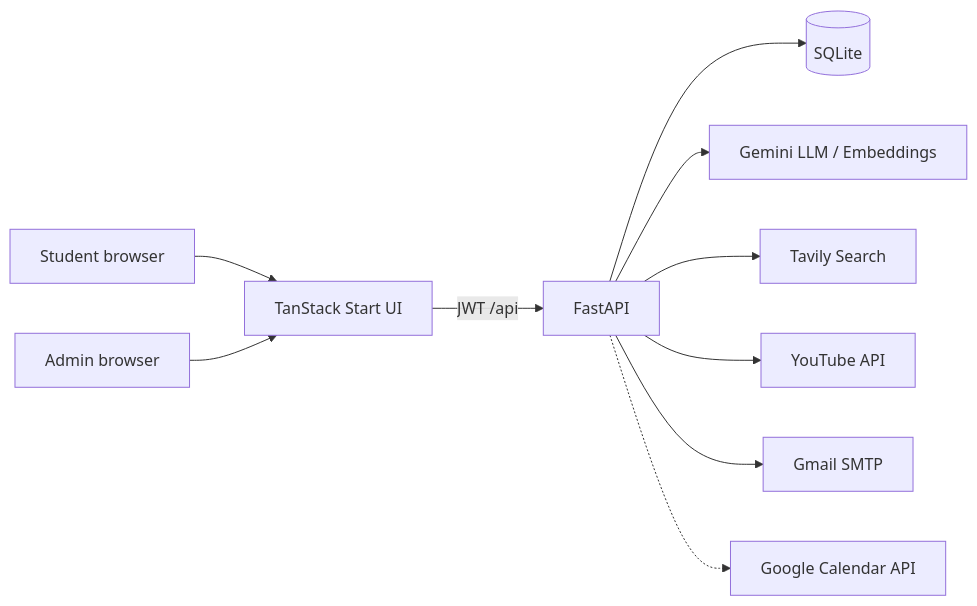
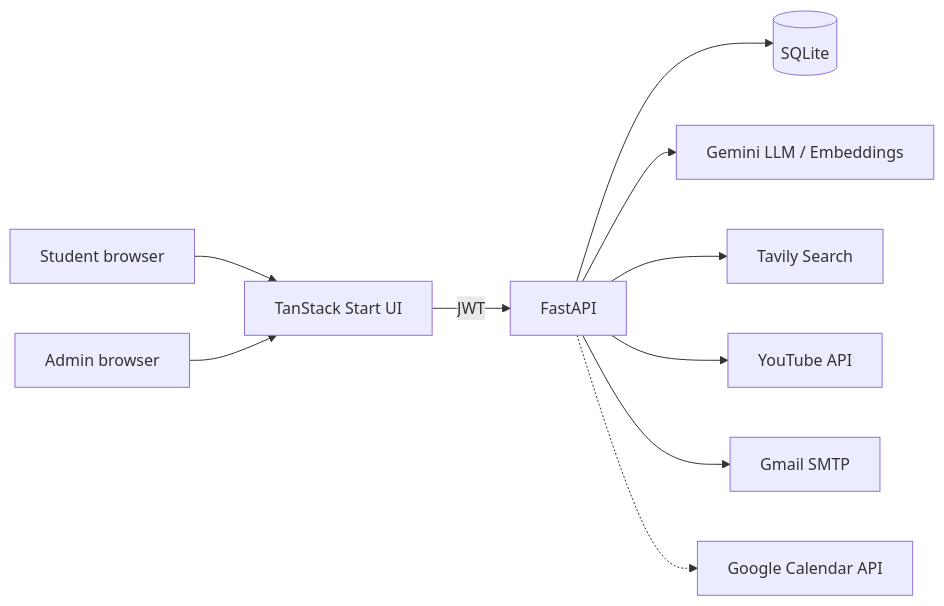
Before and after one commit to dagiteferi/tele-exit: the first of 2 diagrams in docs/ARCHITECTURE.md, drawn with Mermaid. The commit also changed other lines of this file and 10 other files, not shown here.

````diff
--- a/docs/ARCHITECTURE.md
+++ b/docs/ARCHITECTURE.md
@@ -15,23 +15,23 @@
 ```mermaid
 flowchart LR
   Student[Student browser]
   Admin[Admin browser]
   FE[TanStack Start UI]
   API[FastAPI]
   DB[(SQLite)]
   Gemini[Gemini LLM / Embeddings]
   Tavily[Tavily Search]
   YT[YouTube API]
   SMTP[Gmail SMTP]
   GCal[Google Calendar API]
 
   Student --> FE
   Admin --> FE
-  FE -->|JWT /api| API
+  FE -->|JWT| API
   API --> DB
   API --> Gemini
   API --> Tavily
   API --> YT
   API --> SMTP
   API -.-> GCal
 ```
````
